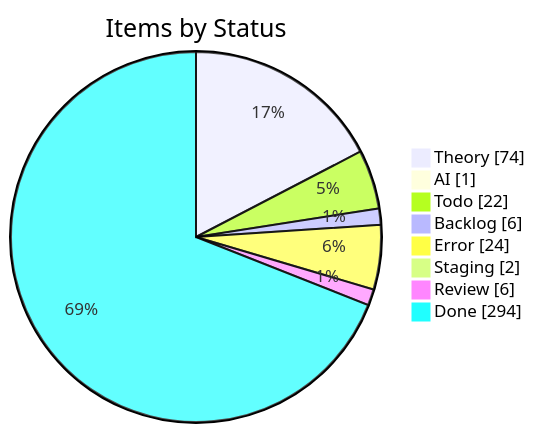
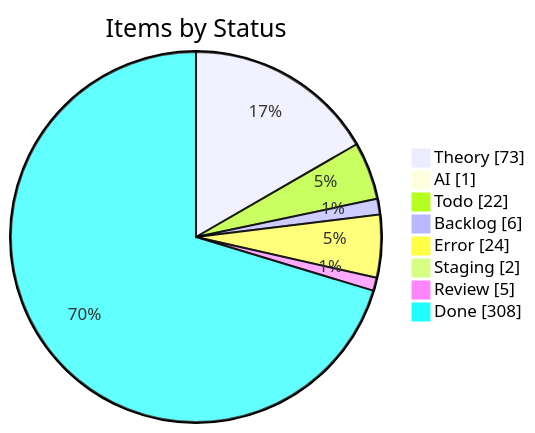
Before and after one commit to KBVE/kbve: the first of 4 diagrams in apps/kbve/astro-kbve/src/content/docs/dashboard/kanban-data.mdx, drawn with Mermaid. The commit also changed other lines of this file and 8 other files, not shown here.

````diff
--- a/apps/kbve/astro-kbve/src/content/docs/dashboard/kanban-data.mdx
+++ b/apps/kbve/astro-kbve/src/content/docs/dashboard/kanban-data.mdx
@@ -55,12 +55,12 @@
 ```mermaid
 pie showData
     title Items by Status
-    "Theory" : 74
+    "Theory" : 73
     "AI" : 1
     "Todo" : 22
     "Backlog" : 6
     "Error" : 24
     "Staging" : 2
-    "Review" : 6
-    "Done" : 294
+    "Review" : 5
+    "Done" : 308
 ```
````
